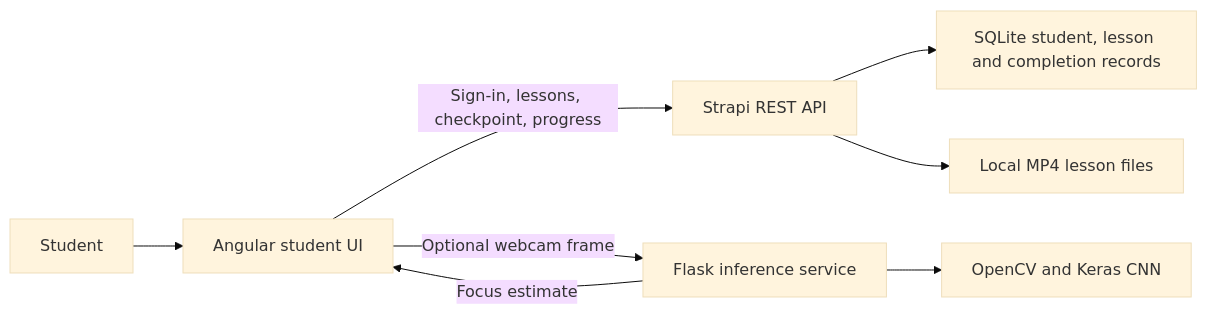
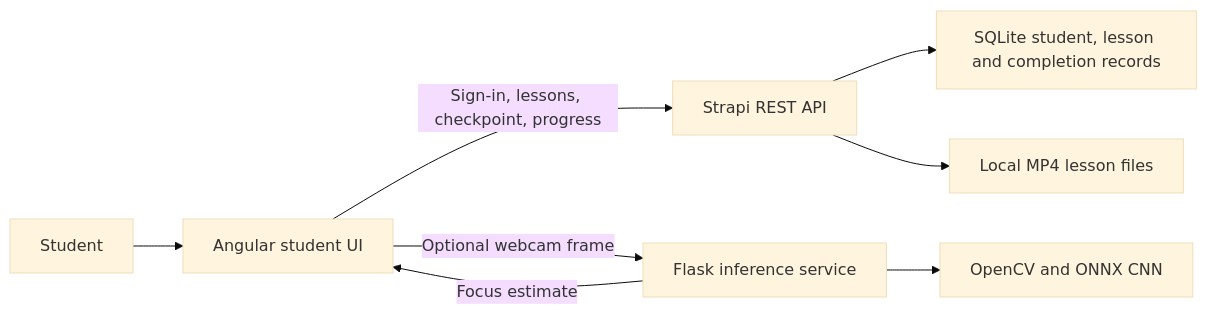
One commit to abdulhadics/intelikidsdemo changed the diagram in SRDS.md. Above: the diagram before and after it, drawn with Mermaid (base theme). The commit also changed 6 other files, not shown here.

````diff
--- a/SRDS.md
+++ b/SRDS.md
@@ -54,10 +54,10 @@
 ```mermaid
 flowchart LR
     Student --> Angular["Angular student UI"]
     Angular -->|"Sign-in, lessons, checkpoint, progress"| Strapi["Strapi REST API"]
     Strapi --> SQLite["SQLite student, lesson and completion records"]
     Strapi --> Media["Local MP4 lesson files"]
     Angular -->|"Optional webcam frame"| Flask["Flask inference service"]
-    Flask --> Vision["OpenCV and Keras CNN"]
+    Flask --> Vision["OpenCV and ONNX CNN"]
     Flask -->|"Focus estimate"| Angular
 ```
````
